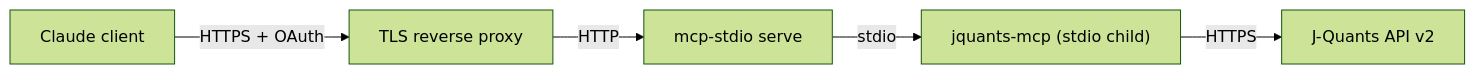
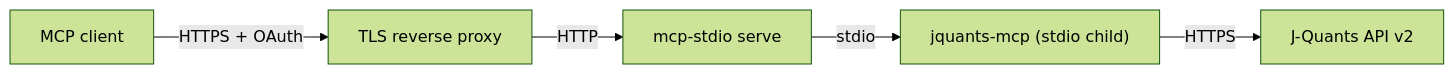
Before and after one commit to shigechika/jquants-mcp: the diagram in docs/deploy/local.md, drawn with Mermaid (forest theme). The commit also changed other lines of this file and 15 other files, not shown here.

First line of the commit message:
docs: show jquants-mcp works with non-Claude MCP clients (Codex, Meta Muse) (#644)

````diff
--- a/docs/deploy/local.md
+++ b/docs/deploy/local.md
@@ -182,13 +194,13 @@
 ```mermaid
 graph LR
-    A["Claude client"]
+    A["MCP client"]
     B["TLS reverse proxy"]
     C["mcp-stdio serve"]
     D["jquants-mcp (stdio child)"]
     E["J-Quants API v2"]
 
     A -->|"HTTPS + OAuth"| B
     B -->|HTTP| C
     C -->|stdio| D
     D -->|HTTPS| E
 ```
````
